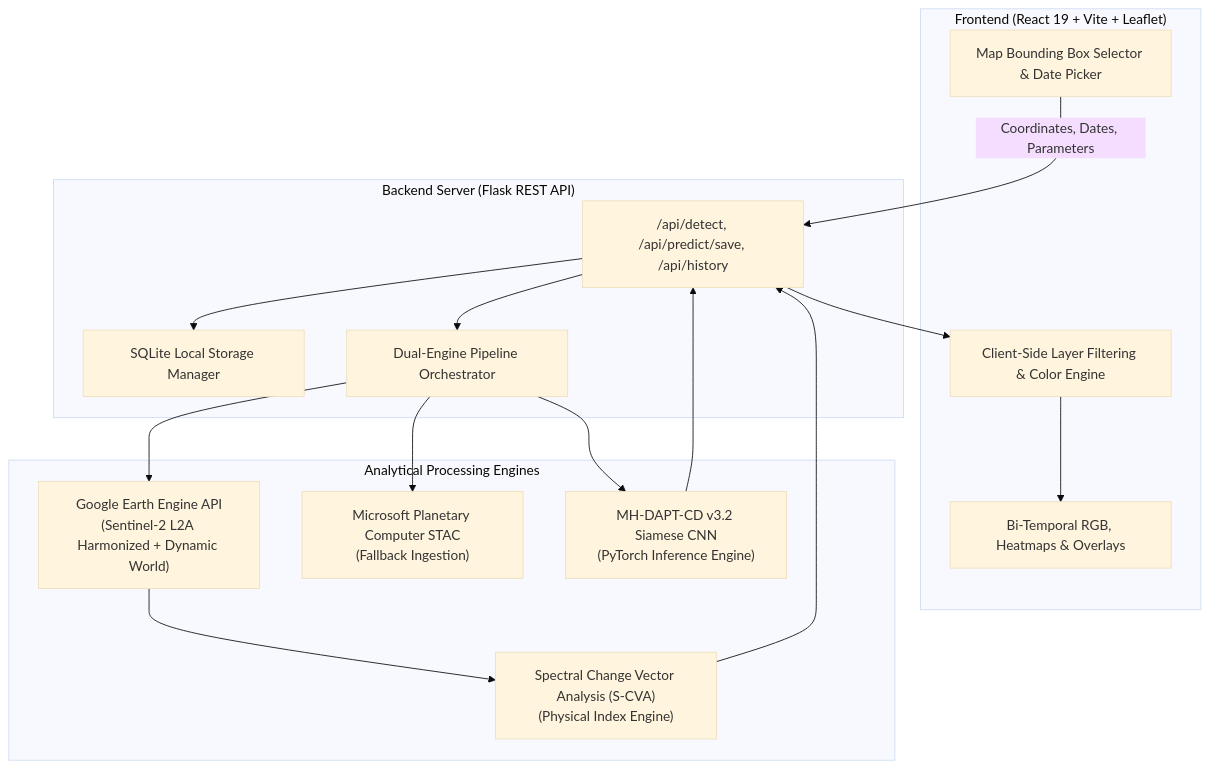
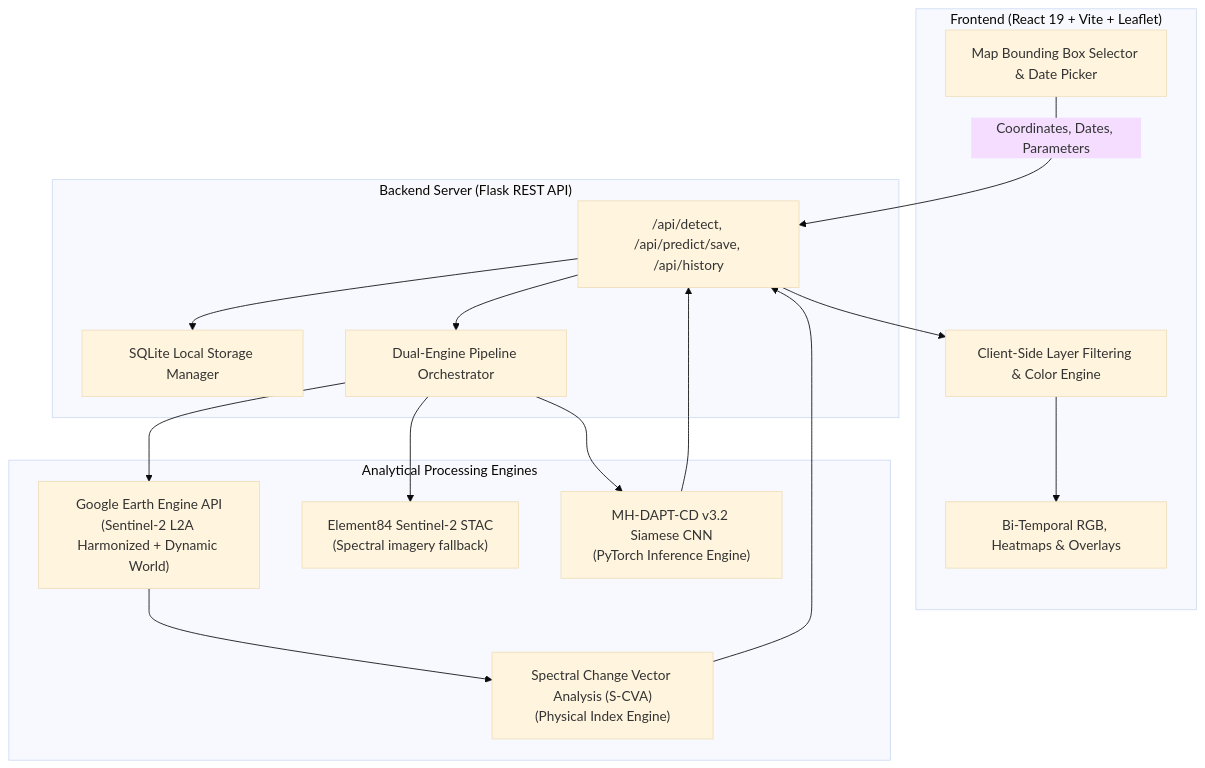
One commit to Sumit07125/GeoNexus-Satellite-Change-Detection changed the diagram in README.md. Above: the diagram before and after it, drawn with Mermaid (base theme). The commit also changed other lines of this file and 20 other files, not shown here.

````diff
--- a/README.md
+++ b/README.md
@@ -39,33 +39,33 @@
 ```mermaid
 flowchart TD
     subgraph Client["Frontend (React 19 + Vite + Leaflet)"]
         UI["Map Bounding Box Selector & Date Picker"]
         Filter["Client-Side Layer Filtering & Color Engine"]
         Display["Bi-Temporal RGB, Heatmaps & Overlays"]
     end
 
     subgraph API["Backend Server (Flask REST API)"]
         Router["/api/detect, /api/predict/save, /api/history"]
         Cache["SQLite Local Storage Manager"]
         Orchestrator["Dual-Engine Pipeline Orchestrator"]
     end
 
     subgraph Engines["Analytical Processing Engines"]
         GEE["Google Earth Engine API\n(Sentinel-2 L2A Harmonized + Dynamic World)"]
-        STAC["Microsoft Planetary Computer STAC\n(Fallback Ingestion)"]
+        STAC["Element84 Sentinel-2 STAC\n(Spectral imagery fallback)"]
         DL["MH-DAPT-CD v3.2 Siamese CNN\n(PyTorch Inference Engine)"]
         SCVA["Spectral Change Vector Analysis (S-CVA)\n(Physical Index Engine)"]
     end
 
     UI -->|Coordinates, Dates, Parameters| Router
     Router --> Cache
     Router --> Orchestrator
     Orchestrator --> GEE
     Orchestrator --> STAC
     GEE --> SCVA
     Orchestrator --> DL
     DL --> Router
     SCVA --> Router
     Router --> Filter
     Filter --> Display
 ```
````
